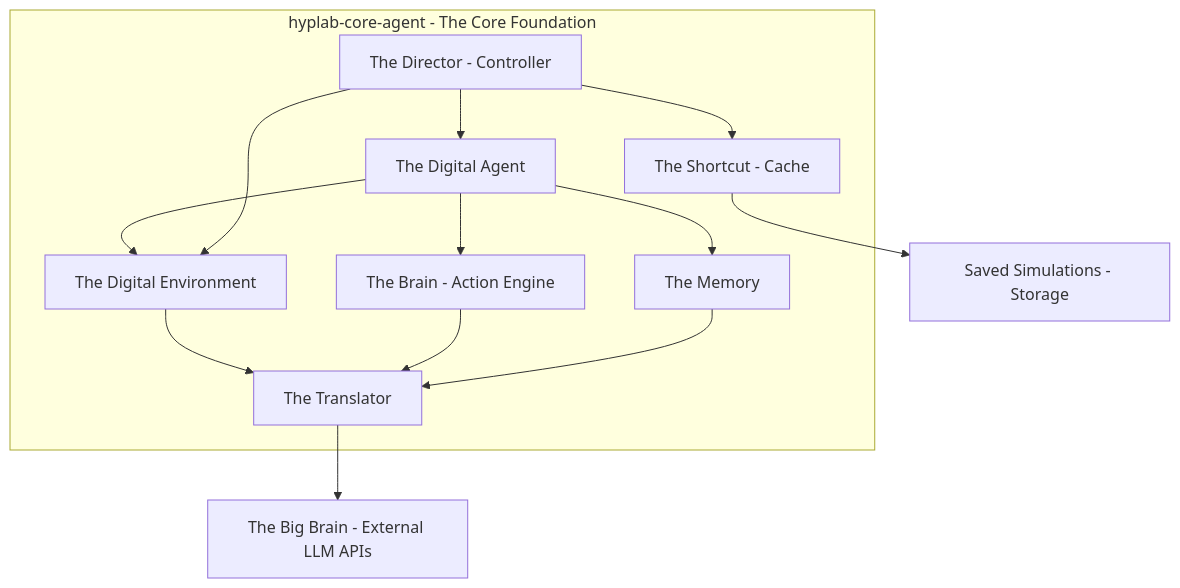
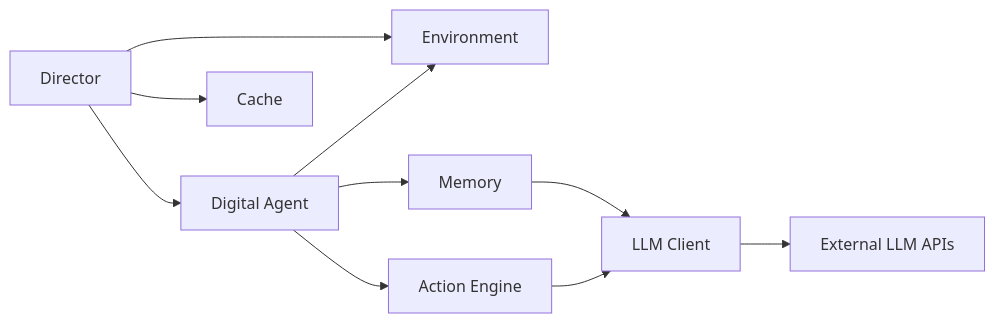
Before and after one commit to Param-Harrison/ebook-writer: the second of 16 diagrams in books/ai-simulation.md, drawn with Mermaid. The commit also changed other lines of this file and 35 other files, not shown here.

````diff
--- a/books/ai-simulation.md
+++ b/books/ai-simulation.md
@@ -35,17 +63,12 @@
 ```mermaid
-graph TB
-    subgraph "hyplab-core-agent - The Core Foundation"
-        A[The Digital Agent] --> B[The Digital Environment]
-        A --> C[The Memory]
-        A --> D[The Brain - Action Engine]
-        B --> E[The Translator]
-        D --> E
-        C --> E
-        F[The Director - Controller] --> A
-        F --> B
-        F --> G[The Shortcut - Cache]
-    end
-    
-    E --> H[The Big Brain - External LLM APIs]
-    G --> I[Saved Simulations - Storage]
+flowchart LR
+    Agent[Digital Agent] --> Env[Environment]
+    Agent --> Memory[Memory]
+    Agent --> Brain[Action Engine]
+    Brain --> Translator[LLM Client]
+    Memory --> Translator
+    Translator --> LLM[External LLM APIs]
+    Director[Director] --> Agent
+    Director --> Env
+    Director --> Cache[Cache]
 ```
````
